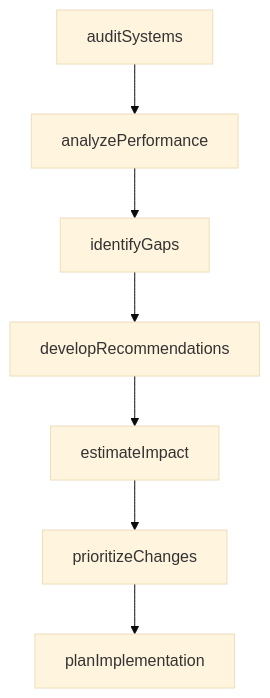
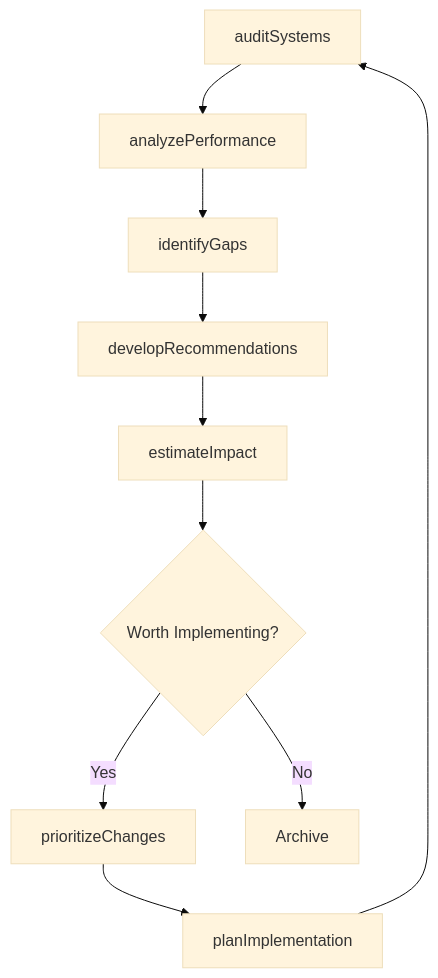
One commit to dot-org-ai/tasks.org.ai changed the third of 4 diagrams in ProvidingConsultationAndAdviceToOthers/AdviseOthersOnTheDesignOrUseOfTechnologies/RecommendChangesImproveComputerInformation.mdx. Above: the diagram before and after it, drawn with Mermaid (base theme). The commit also changed other lines of this file and 307 other files, not shown here.

First line of the commit message:
feat: Add ER diagrams and state diagrams to remaining 308 DWA task files (wave 3 complete)

````diff
--- a/ProvidingConsultationAndAdviceToOthers/AdviseOthersOnTheDesignOrUseOfTechnologies/RecommendChangesImproveComputerInformation.mdx
+++ b/ProvidingConsultationAndAdviceToOthers/AdviseOthersOnTheDesignOrUseOfTechnologies/RecommendChangesImproveComputerInformation.mdx
@@ -87,9 +114,12 @@
 ```mermaid
 graph TD
     A[auditSystems] --> B[analyzePerformance]
     B --> C[identifyGaps]
     C --> D[developRecommendations]
     D --> E[estimateImpact]
-    E --> F[prioritizeChanges]
-    F --> G[planImplementation]
+    E --> F{Worth Implementing?}
+    F -->|Yes| G[prioritizeChanges]
+    F -->|No| H[Archive]
+    G --> I[planImplementation]
+    I --> A
 ```
````
